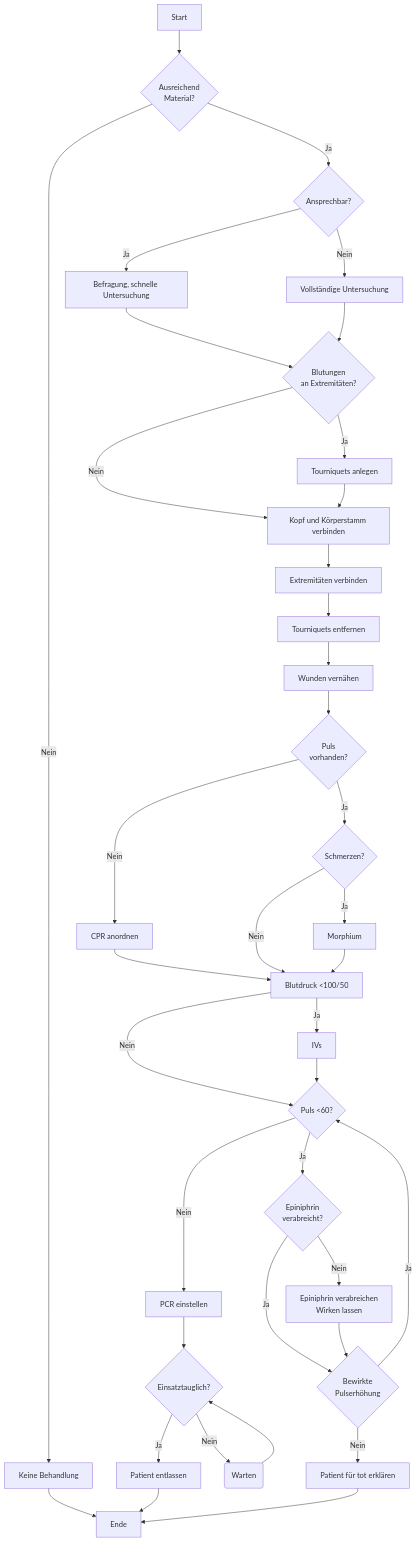
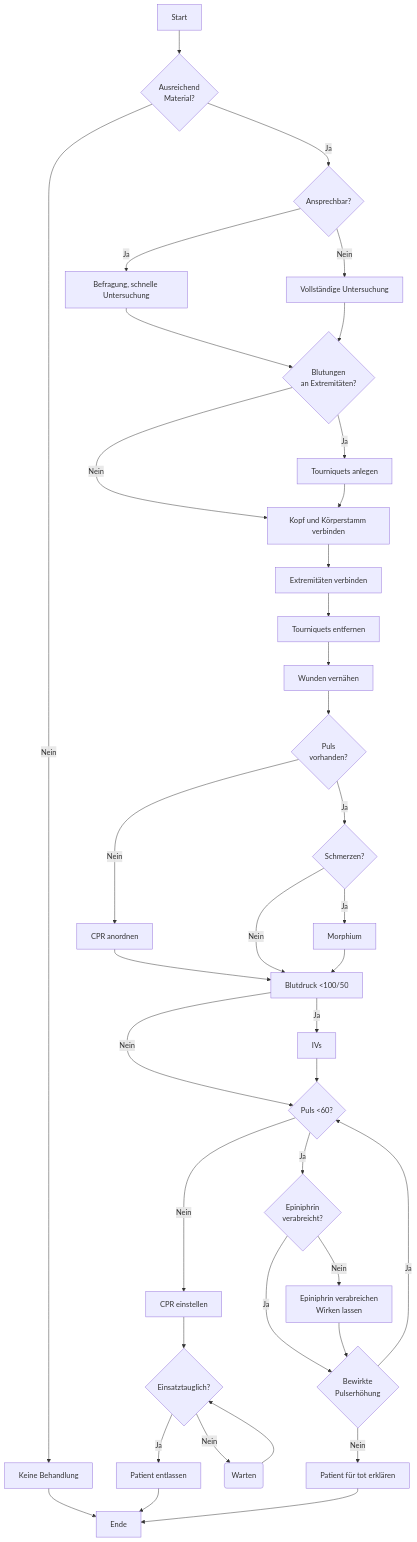
One commit to inten-gg/wiki changed the second of 2 diagrams in arma3/ace3-medical.md. Above: the diagram before and after it, drawn with Mermaid. The commit also changed other lines of this file, not shown here.

Commit message:
docs: update arma3/ace3-medical

````diff
--- a/arma3/ace3-medical.md
+++ b/arma3/ace3-medical.md
@@ -101,38 +101,38 @@
 ```mermaid
 flowchart TD
     Start[Start] --> Material{Ausreichend\nMaterial?}
     Material -- Ja --> Ansprechbar{Ansprechbar?}    
     Material -- Nein --> Nope[Keine Behandlung]
     Nope --> Ende
     Ansprechbar -- Ja --> Question[Befragung, schnelle Untersuchung]    
     Ansprechbar -- Nein --> CompleteSearch[Vollständige Untersuchung]
     Question --> VieleBlutungen
     CompleteSearch --> VieleBlutungen{Blutungen\nan Extremitäten?}
     VieleBlutungen -- Ja --> Tourniquets[Tourniquets anlegen]
     VieleBlutungen -- Nein --> Torso[Kopf und Körperstamm verbinden]
     Tourniquets --> Torso
     Torso --> Extreminaeten[Extremitäten verbinden]
     Extreminaeten --> TourniquetsDel[Tourniquets entfernen]
     TourniquetsDel --> Stitch[Wunden vernähen]
     Stitch --> PulsAfterStitch{Puls\nvorhanden?}
     PulsAfterStitch -- Ja --> Pain{Schmerzen?}
     PulsAfterStitch -- Nein --> CPR[CPR anordnen]
     CPR --> BloodPressure
     Pain -- Ja --> Morphium
     Pain -- Nein --> BloodPressure[Blutdruck <100/50]
     Morphium --> BloodPressure
     BloodPressure -- Ja --> IVs    
     BloodPressure -- Nein --> PulseAfterBloodPressure{Puls <60?}
     IVs --> PulseAfterBloodPressure
     PulseAfterBloodPressure -- Ja --> EpiniphrinDecision{Epiniphrin\nverabreicht?}
     EpiniphrinDecision -- Ja --> EpiniphrinDelay
     EpiniphrinDecision -- Nein --> Epiniphrin[Epiniphrin verabreichen\nWirken lassen]
-    PulseAfterBloodPressure -- Nein --> EndCPR[PCR einstellen] --> WaitGreen{Einsatztauglich?}
+    PulseAfterBloodPressure -- Nein --> EndCPR[CPR einstellen] --> WaitGreen{Einsatztauglich?}
     WaitGreen -- Ja --> Green[Patient entlassen]
     WaitGreen -- Nein --> Wait(Warten) --> WaitGreen
     Green --> Ende
     Epiniphrin --> EpiniphrinDelay{Bewirkte\nPulserhöhung}
     EpiniphrinDelay -- Ja --> PulseAfterBloodPressure
     EpiniphrinDelay -- Nein --> Dead[Patient für tot erklären]
     Dead --> Ende
 ```  
````
